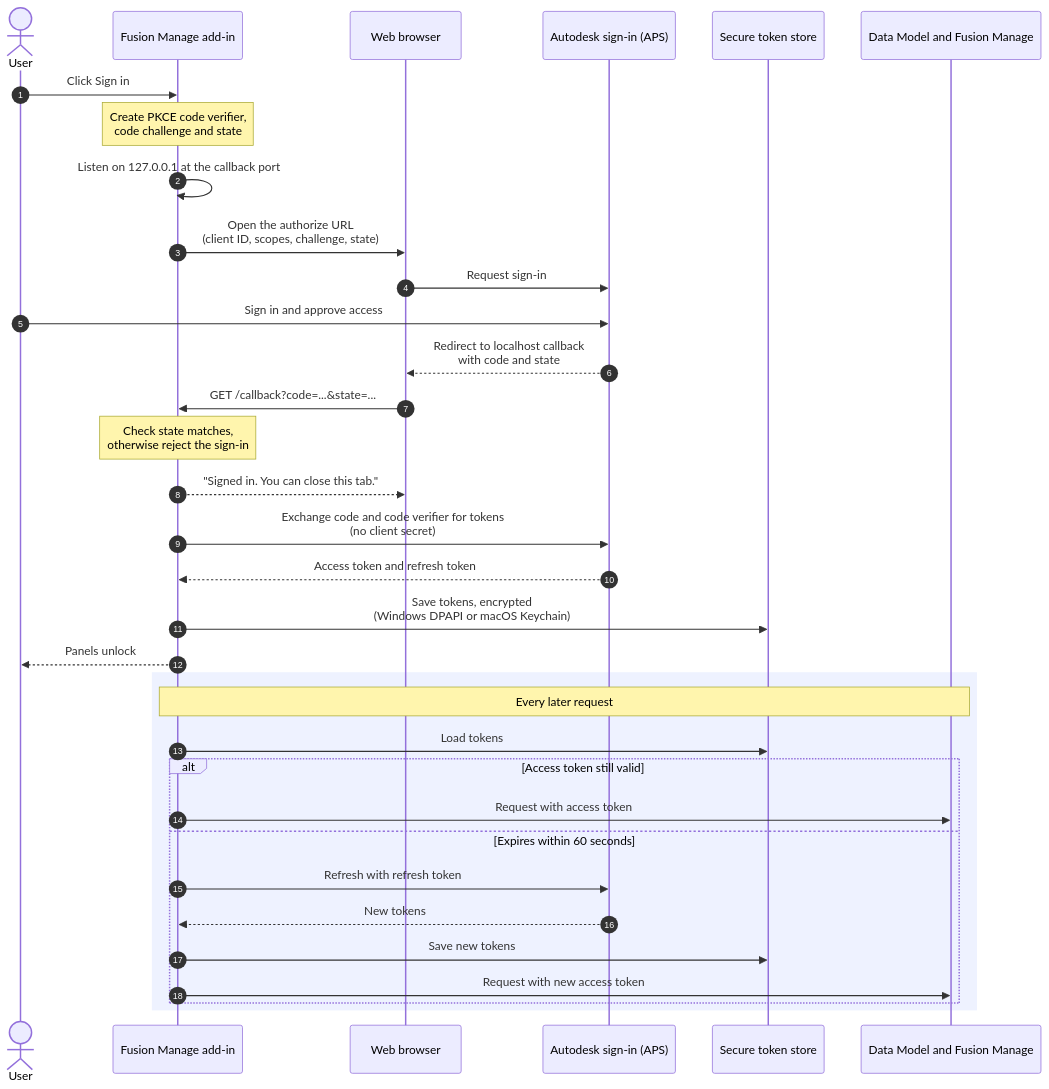
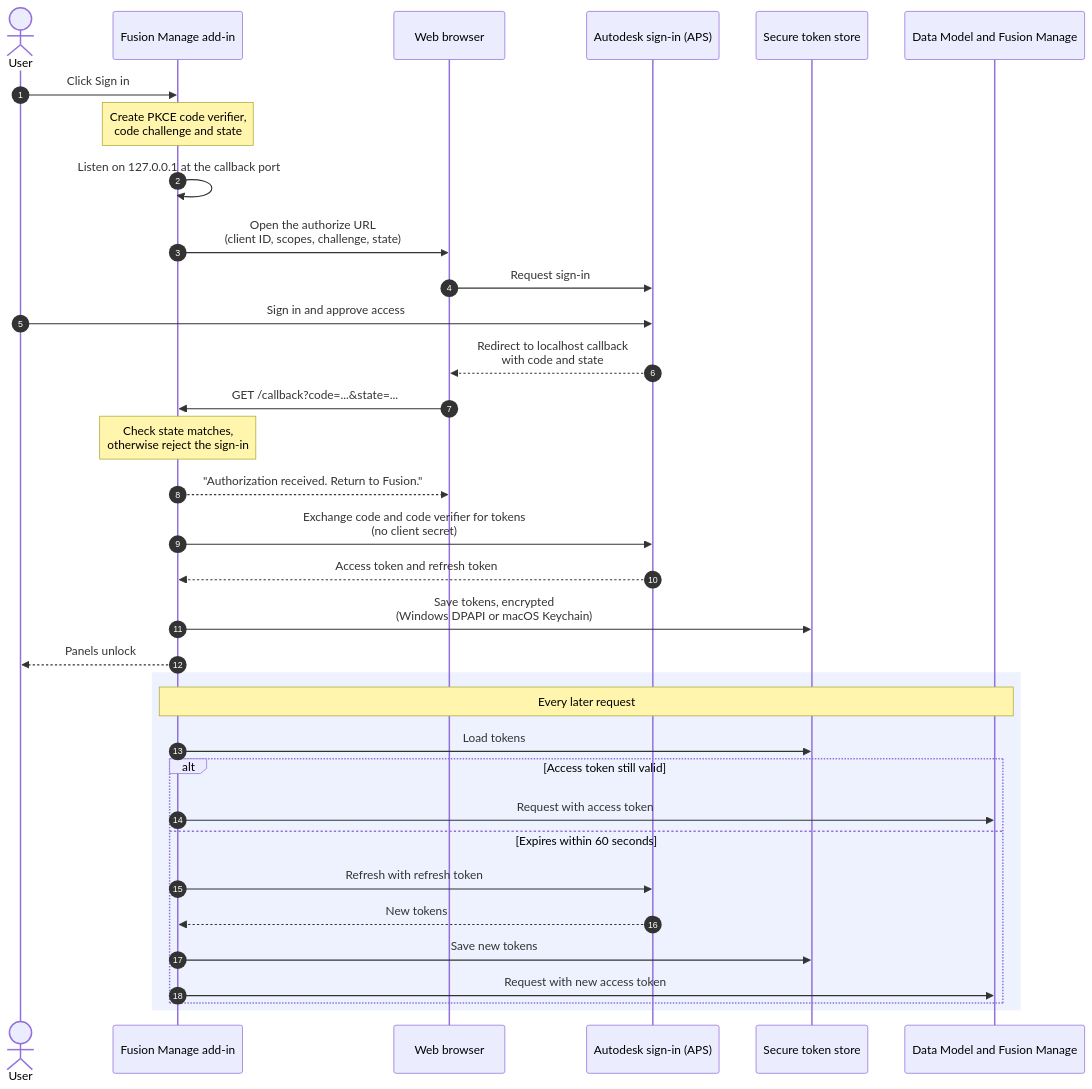
One commit to AHoop91/FusionToFusionManageAddon changed the diagram in docs/getting-started/installation.md. Above: the diagram before and after it, drawn with Mermaid. The commit also changed other lines of this file and 56 other files, not shown here.

````diff
--- a/docs/getting-started/installation.md
+++ b/docs/getting-started/installation.md
@@ -201,38 +194,38 @@
 ```mermaid
 sequenceDiagram
     autonumber
     actor User
     participant Addin as Fusion Manage add-in
     participant Browser as Web browser
     participant APS as Autodesk sign-in (APS)
     participant Store as Secure token store
     participant Svc as Data Model and Fusion Manage
 
     User->>Addin: Click Sign in
     Note over Addin: Create PKCE code verifier,<br/>code challenge and state
     Addin->>Addin: Listen on 127.0.0.1 at the callback port
     Addin->>Browser: Open the authorize URL<br/>(client ID, scopes, challenge, state)
     Browser->>APS: Request sign-in
     User->>APS: Sign in and approve access
     APS-->>Browser: Redirect to localhost callback<br/>with code and state
     Browser->>Addin: GET /callback?code=...&state=...
     Note over Addin: Check state matches,<br/>otherwise reject the sign-in
-    Addin-->>Browser: "Signed in. You can close this tab."
+    Addin-->>Browser: "Authorization received. Return to Fusion."
     Addin->>APS: Exchange code and code verifier for tokens<br/>(no client secret)
     APS-->>Addin: Access token and refresh token
     Addin->>Store: Save tokens, encrypted<br/>(Windows DPAPI or macOS Keychain)
     Addin-->>User: Panels unlock
 
     rect rgb(238, 242, 255)
     Note over Addin,Svc: Every later request
     Addin->>Store: Load tokens
     alt Access token still valid
         Addin->>Svc: Request with access token
     else Expires within 60 seconds
         Addin->>APS: Refresh with refresh token
         APS-->>Addin: New tokens
         Addin->>Store: Save new tokens
         Addin->>Svc: Request with new access token
     end
     end
 ```
````
